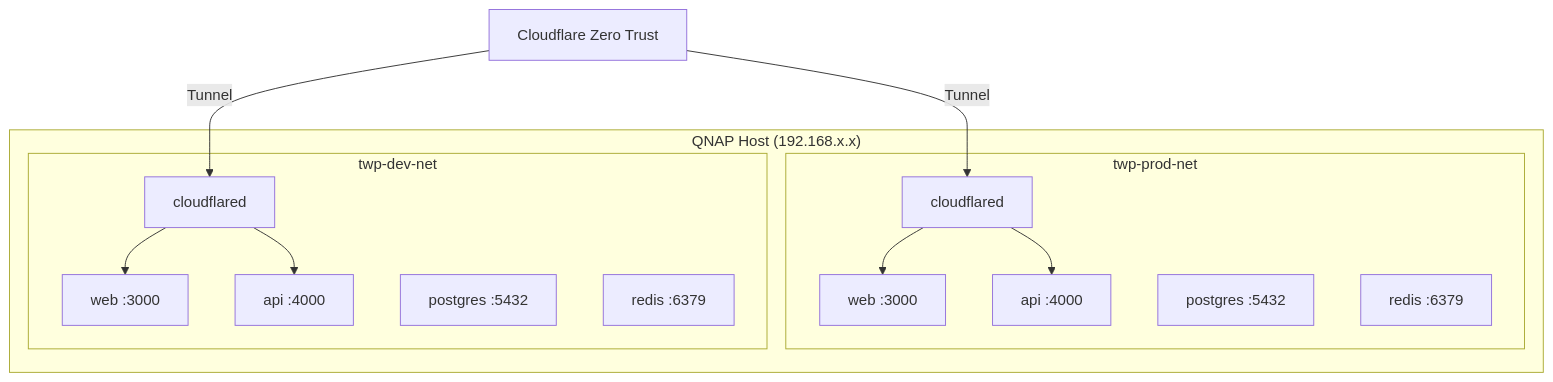
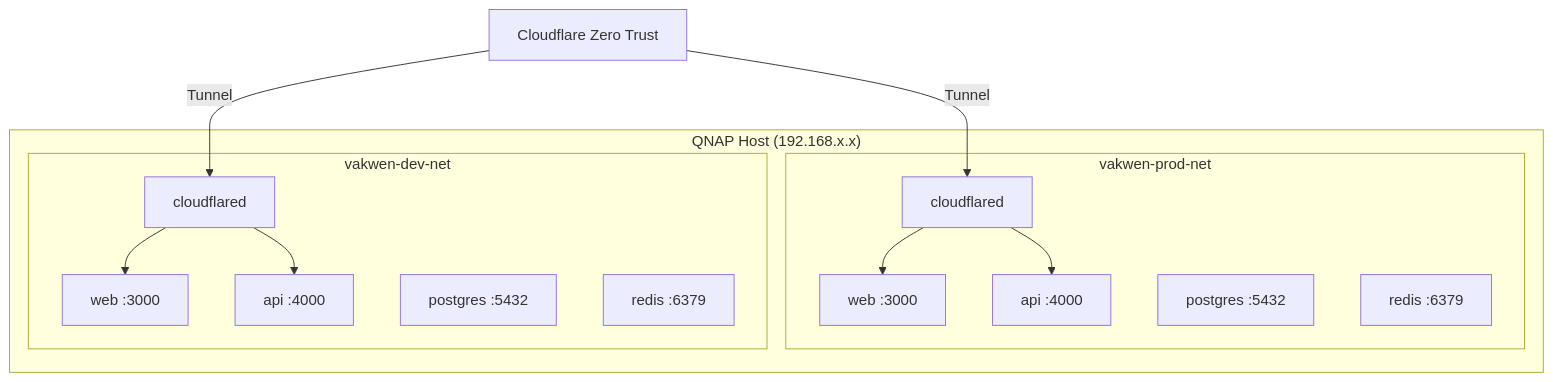
Before and after one commit to kzokv/tw-portfolio: the third of 8 diagrams in docs/001-architecture/architecture.md, drawn with Mermaid. The commit also changed other lines of this file and 664 other files, not shown here.

````diff
--- a/docs/001-architecture/architecture.md
+++ b/docs/001-architecture/architecture.md
@@ -122,29 +122,29 @@
 ```mermaid
 graph TD
   CF[Cloudflare Zero Trust]
 
   subgraph QNAP["QNAP Host (192.168.x.x)"]
-    subgraph PROD["twp-prod-net"]
+    subgraph PROD["vakwen-prod-net"]
       PW[web :3000]
       PA[api :4000]
       PP[postgres :5432]
       PR[redis :6379]
       PCF[cloudflared]
     end
 
-    subgraph DEV["twp-dev-net"]
+    subgraph DEV["vakwen-dev-net"]
       DW[web :3000]
       DA[api :4000]
       DP[postgres :5432]
       DR[redis :6379]
       DCF[cloudflared]
     end
   end
 
   CF -->|Tunnel| PCF
   CF -->|Tunnel| DCF
   PCF --> PW
   PCF --> PA
   DCF --> DW
   DCF --> DA
 ```
````
